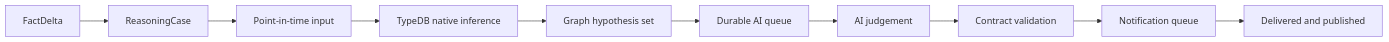
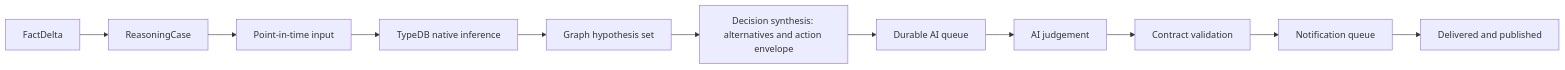
One commit to namsoon00/digital_twin changed the second of 2 diagrams in docs/versioned-reasoning-and-time-series.md. Above: the diagram before and after it, drawn with Mermaid. The commit also changed other lines of this file and 17 other files, not shown here.

````diff
--- a/docs/versioned-reasoning-and-time-series.md
+++ b/docs/versioned-reasoning-and-time-series.md
@@ -65,12 +65,13 @@
 ```mermaid
 flowchart LR
     Delta[FactDelta] --> Case[ReasoningCase]
     Case --> Input[Point-in-time input]
     Input --> TypeDB[TypeDB native inference]
     TypeDB --> Hypotheses[Graph hypothesis set]
-    Hypotheses --> AIQueue[Durable AI queue]
+    Hypotheses --> Synthesis[Decision synthesis: alternatives and action envelope]
+    Synthesis --> AIQueue[Durable AI queue]
     AIQueue --> AI[AI judgement]
     AI --> Validate[Contract validation]
     Validate --> Notify[Notification queue]
     Notify --> Published[Delivered and published]
 ```
````
